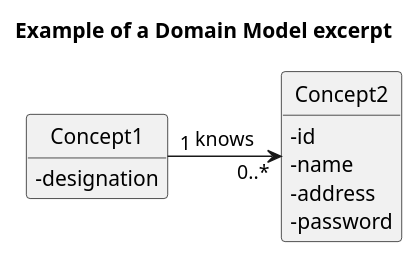
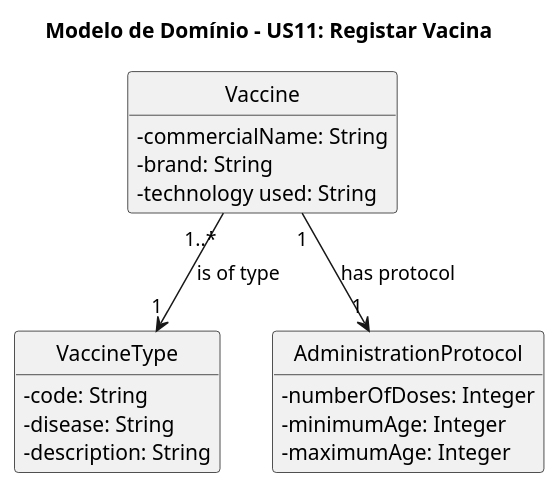
The diagram in docs/system-documentation/US11/puml/US11-DM.puml (goncalomaia18/leti-esoft-25-26-C3), drawn with PlantUML before and after one commit. The commit also changed 6 other files, not shown here.

Commit message:
Atualizações nos diagramas e documentação do US11

```diff
--- a/docs/system-documentation/US11/puml/US11-DM.puml
+++ b/docs/system-documentation/US11/puml/US11-DM.puml
@@ -1,22 +1,36 @@
 @startuml
 'https://plantuml.com/class-diagram
+
 hide circle
 skinparam classAttributeIconSize 0
 hide methods
 
-title Example of a Domain Model excerpt
+title Modelo de Domínio - US11: Registar Vacina
 
-class Concept1 {
-    -designation
+class Vaccine {
+
+    - commercialName: String
+    - brand: String
+    - technology used: String
 }
 
-class Concept2 {
-    -id
-    -name
-    -address
-    -password
+class VaccineType {
+
+    - code: String
+    - disease: String
+    - description: String
 }
 
-Concept1 "1" -> "0..*" Concept2: knows
+class AdministrationProtocol {
+
+    - numberOfDoses: Integer
+    - minimumAge: Integer
+    - maximumAge: Integer
+}
+
+
+Vaccine "1" --> "1" AdministrationProtocol : "has protocol"
+
+Vaccine "1..*" --> "1" VaccineType : "is of type"
 
 @enduml
```
